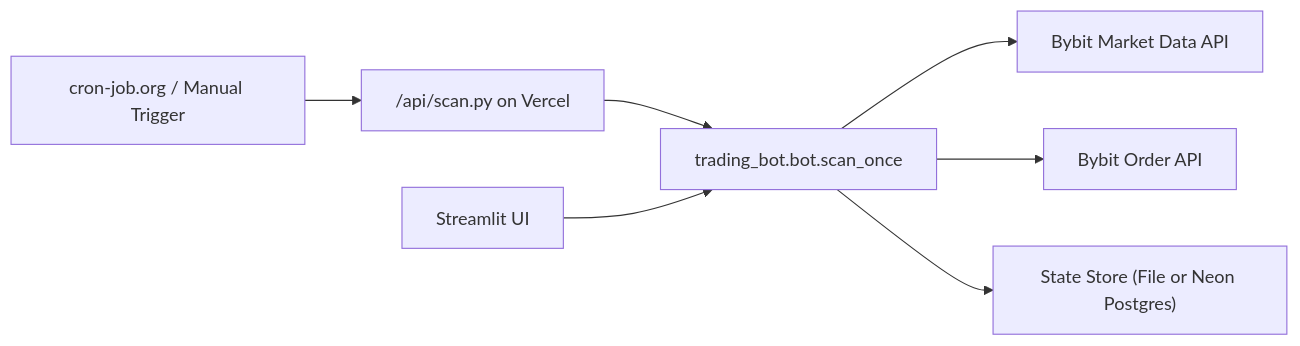
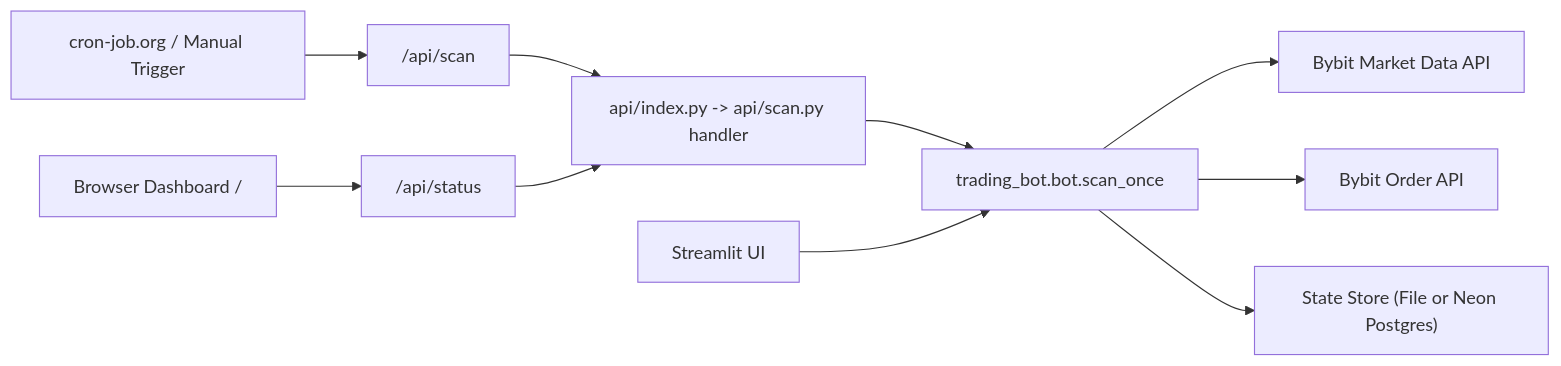
The diagram in README.md (0x94t3z/bobyt), drawn with Mermaid before and after one commit. The commit also changed other lines of this file, not shown here.

Commit message:
Update README for Vercel API/status flow and token docs

````diff
--- a/README.md
+++ b/README.md
@@ -15,9 +16,12 @@
 ```mermaid
 flowchart LR
-  A["cron-job.org / Manual Trigger"] --> B["/api/scan.py on Vercel"]
-  B --> C["trading_bot.bot.scan_once"]
-  C --> D["Bybit Market Data API"]
-  C --> E["Bybit Order API"]
-  C --> F["State Store (File or Neon Postgres)"]
-  G["Streamlit UI"] --> C
+  A["cron-job.org / Manual Trigger"] --> B["/api/scan"]
+  B --> C["api/index.py -> api/scan.py handler"]
+  C --> D["trading_bot.bot.scan_once"]
+  E["Browser Dashboard /"] --> F["/api/status"]
+  F --> C
+  D --> G["Bybit Market Data API"]
+  D --> H["Bybit Order API"]
+  D --> I["State Store (File or Neon Postgres)"]
+  J["Streamlit UI"] --> D
 ```
````
